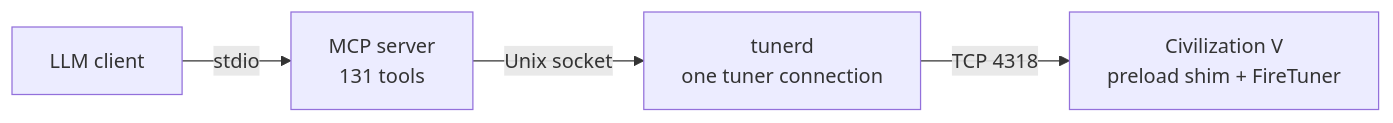
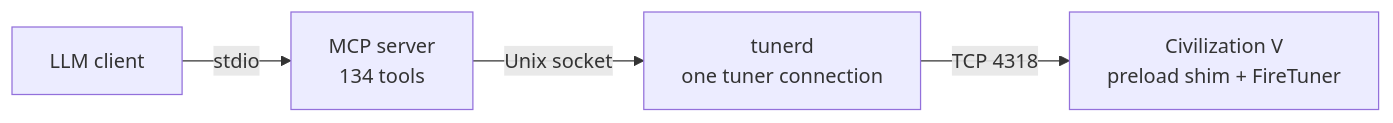
One commit to ty-meador/civ-v-linux-mcp changed the diagram in README.md. Above: the diagram before and after it, drawn with Mermaid. The commit also changed other lines of this file and 11 other files, not shown here.

````diff
--- a/README.md
+++ b/README.md
@@ -141,6 +146,6 @@
 ```mermaid
 flowchart LR
-    A["LLM client"] -->|stdio| B["MCP server<br/>131 tools"]
+    A["LLM client"] -->|stdio| B["MCP server<br/>134 tools"]
     B -->|Unix socket| C["tunerd<br/>one tuner connection"]
     C -->|TCP 4318| D["Civilization V<br/>preload shim + FireTuner"]
 ```
````
